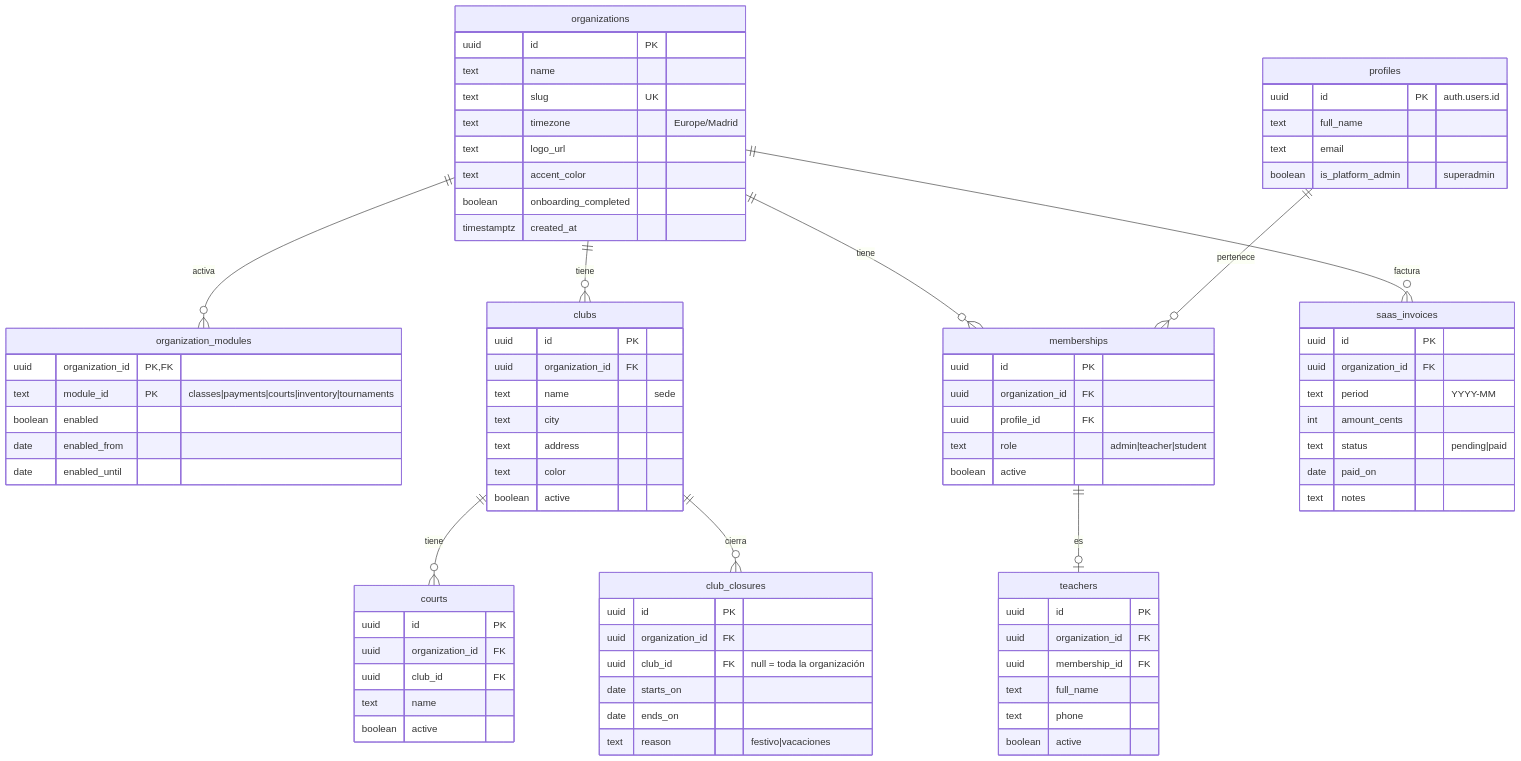
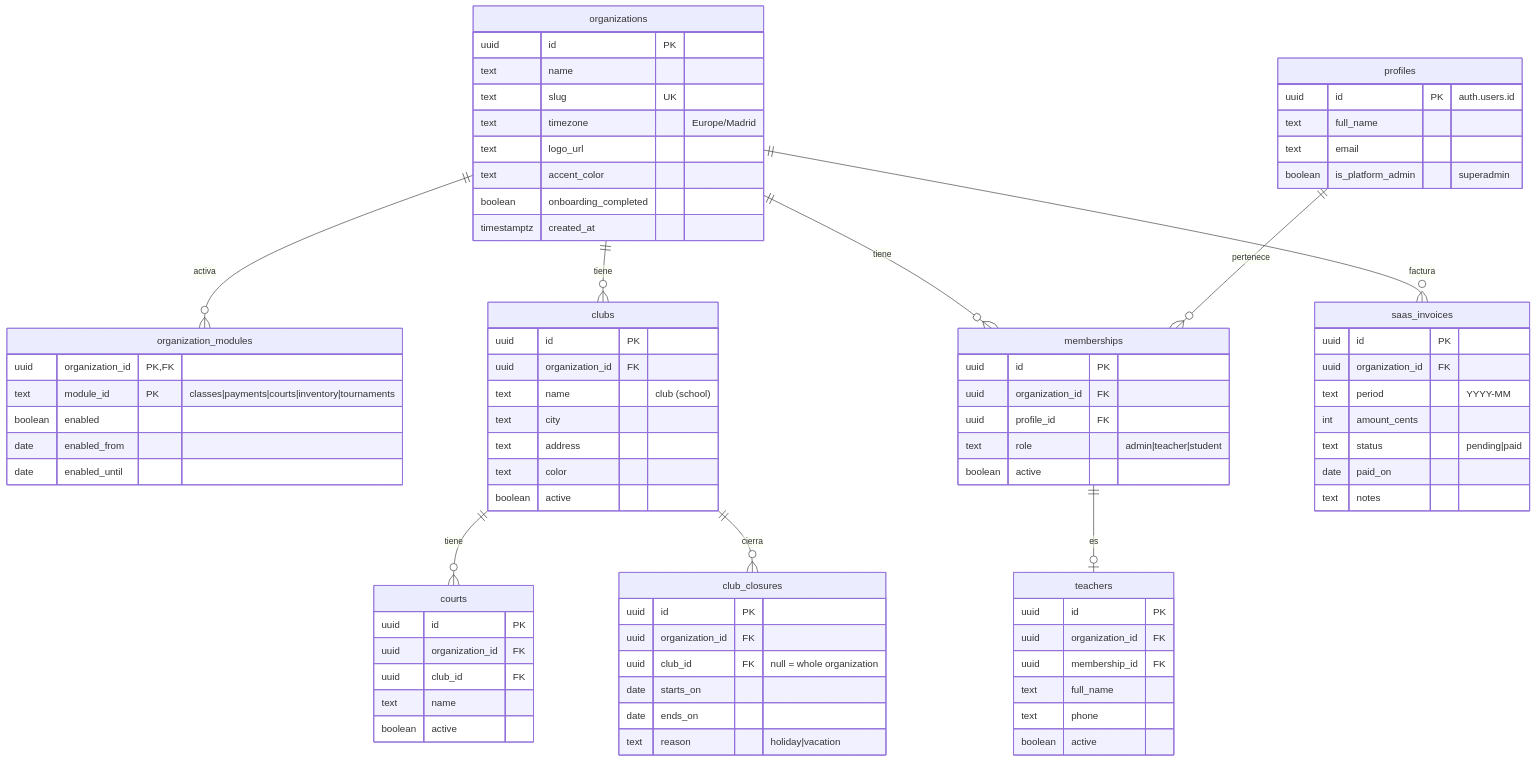
The first of 6 diagrams in docs/DATABASE.md (paf106/aprende-padel-academy-manager-web), drawn with Mermaid before and after one commit. The commit also changed other lines of this file and 221 other files, not shown here.

```diff
--- a/docs/DATABASE.md
+++ b/docs/DATABASE.md
@@ -61,7 +61,7 @@
     clubs {
         uuid id PK
         uuid organization_id FK
-        text name "sede"
+        text name "club (school)"
         text city
         text address
         text color
@@ -77,10 +77,10 @@
     club_closures {
         uuid id PK
         uuid organization_id FK
-        uuid club_id FK "null = toda la organización"
+        uuid club_id FK "null = whole organization"
         date starts_on
         date ends_on
-        text reason "festivo|vacaciones"
+        text reason "holiday|vacation"
     }
     teachers {
         uuid id PK
```
